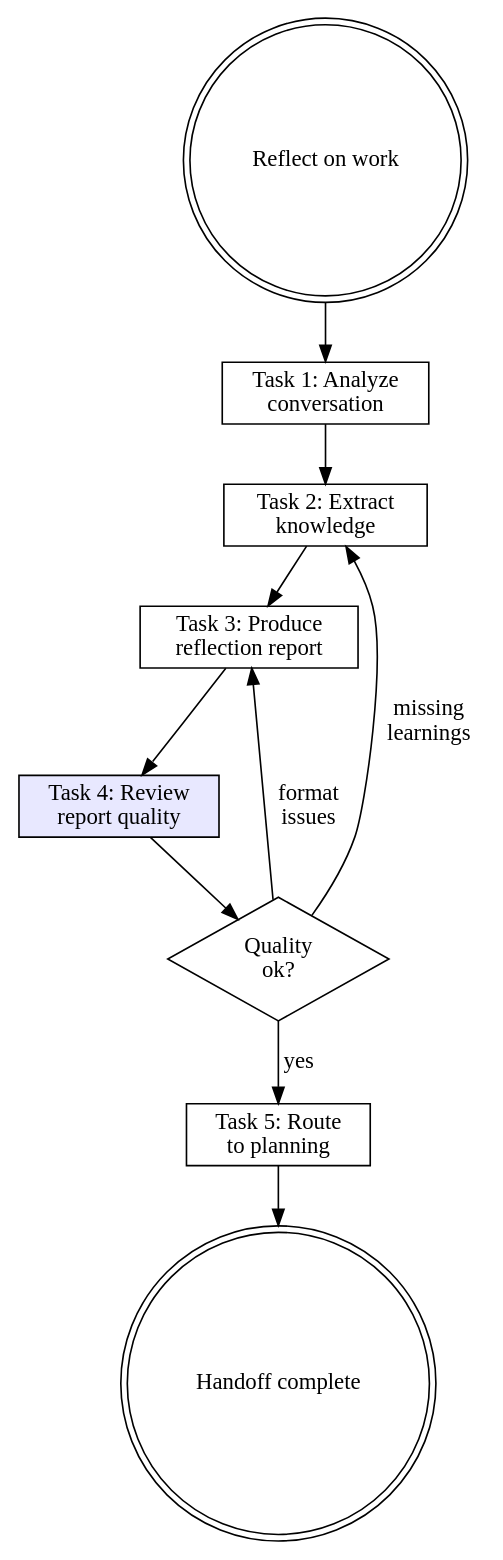
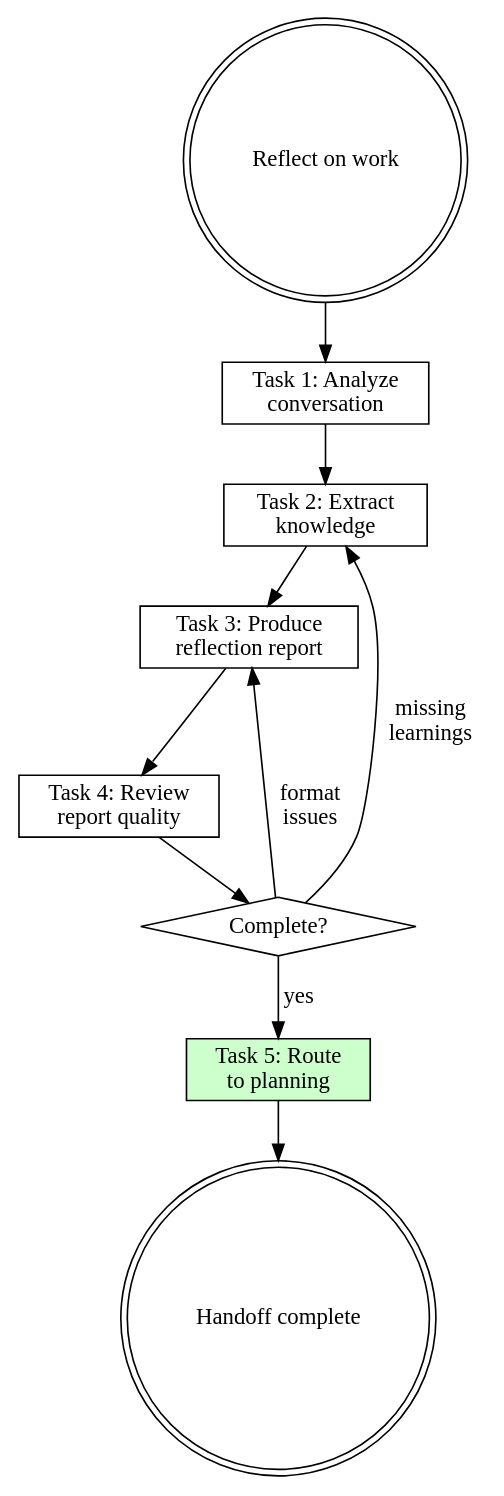
One commit to wayne930242/Reflexive-Claude-Code changed the diagram in plugins/rcc/skills/reflecting/SKILL.md. Above: the diagram before and after it, drawn with Graphviz. The commit also changed 3 other files, not shown here.

````diff
--- a/plugins/rcc/skills/reflecting/SKILL.md
+++ b/plugins/rcc/skills/reflecting/SKILL.md
@@ -180,24 +180,24 @@
 ```dot
 digraph reflecting {
     rankdir=TB;
 
     start [label="Reflect on work", shape=doublecircle];
     analyze [label="Task 1: Analyze\nconversation", shape=box];
     extract [label="Task 2: Extract\nknowledge", shape=box];
     report [label="Task 3: Produce\nreflection report", shape=box];
-    review [label="Task 4: Review\nreport quality", shape=box, style=filled, fillcolor="#e8e8ff"];
-    quality_ok [label="Quality\nok?", shape=diamond];
-    route [label="Task 5: Route\nto planning", shape=box];
+    review [label="Task 4: Review\nreport quality", shape=box];
+    quality_ok [label="Complete?", shape=diamond];
+    route [label="Task 5: Route\nto planning", shape=box, style=filled, fillcolor="#ccffcc"];
     done [label="Handoff complete", shape=doublecircle];
 
     start -> analyze;
     analyze -> extract;
     extract -> report;
     report -> review;
     review -> quality_ok;
     quality_ok -> route [label="yes"];
     quality_ok -> extract [label="missing\nlearnings"];
     quality_ok -> report [label="format\nissues"];
     route -> done;
 }
 ```
````
